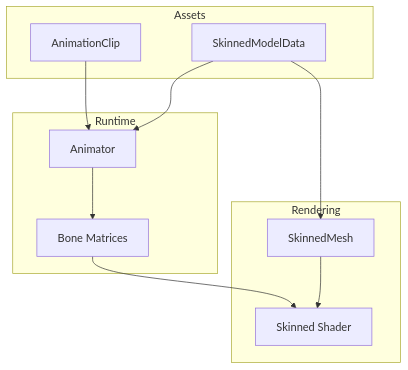
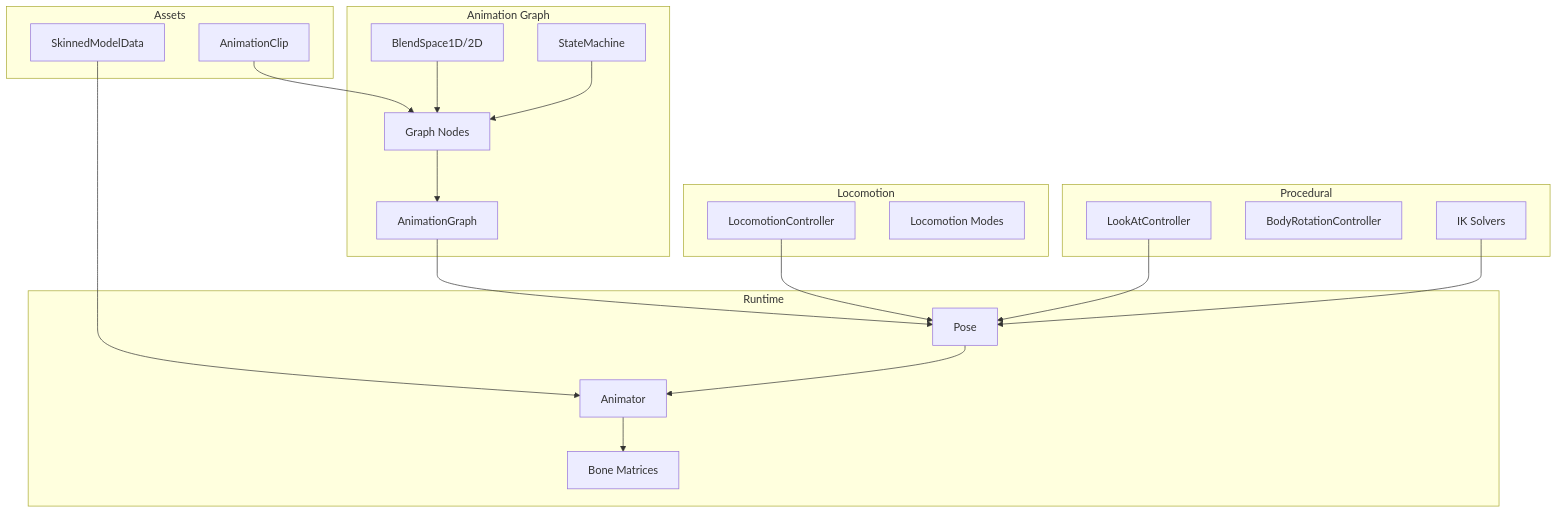
Before and after one commit to lucas85235/Monster-Engine: the diagram in docs/animation/Overview.md, drawn with Mermaid. The commit also changed other lines of this file and 118 other files, not shown here.

Commit message:
Improve blend space

````diff
--- a/docs/animation/Overview.md
+++ b/docs/animation/Overview.md
@@ -9,24 +9,43 @@
 ```mermaid
 graph TB
     subgraph Assets
         CLIP[AnimationClip]
         MODEL[SkinnedModelData]
     end
     
+    subgraph "Animation Graph"
+        GRAPH[AnimationGraph]
+        NODES[Graph Nodes]
+        BLEND[BlendSpace1D/2D]
+        SM[StateMachine]
+    end
+    
+    subgraph "Locomotion"
+        LOCO[LocomotionController]
+        MODE[Locomotion Modes]
+    end
+    
+    subgraph "Procedural"
+        LOOK[LookAtController]
+        BODY[BodyRotationController]
+        IK[IK Solvers]
+    end
+    
     subgraph Runtime
         ANIM[Animator]
+        POSE[Pose]
         BONE[Bone Matrices]
     end
     
-    subgraph Rendering
-        SHADER[Skinned Shader]
-        MESH[SkinnedMesh]
-    end
-    
-    CLIP --> ANIM
+    CLIP --> NODES
+    NODES --> GRAPH
+    BLEND --> NODES
+    SM --> NODES
+    GRAPH --> POSE
+    LOCO --> POSE
+    LOOK --> POSE
+    IK --> POSE
     MODEL --> ANIM
+    POSE --> ANIM
     ANIM --> BONE
-    BONE --> SHADER
-    MODEL --> MESH
-    MESH --> SHADER
 ```
````
